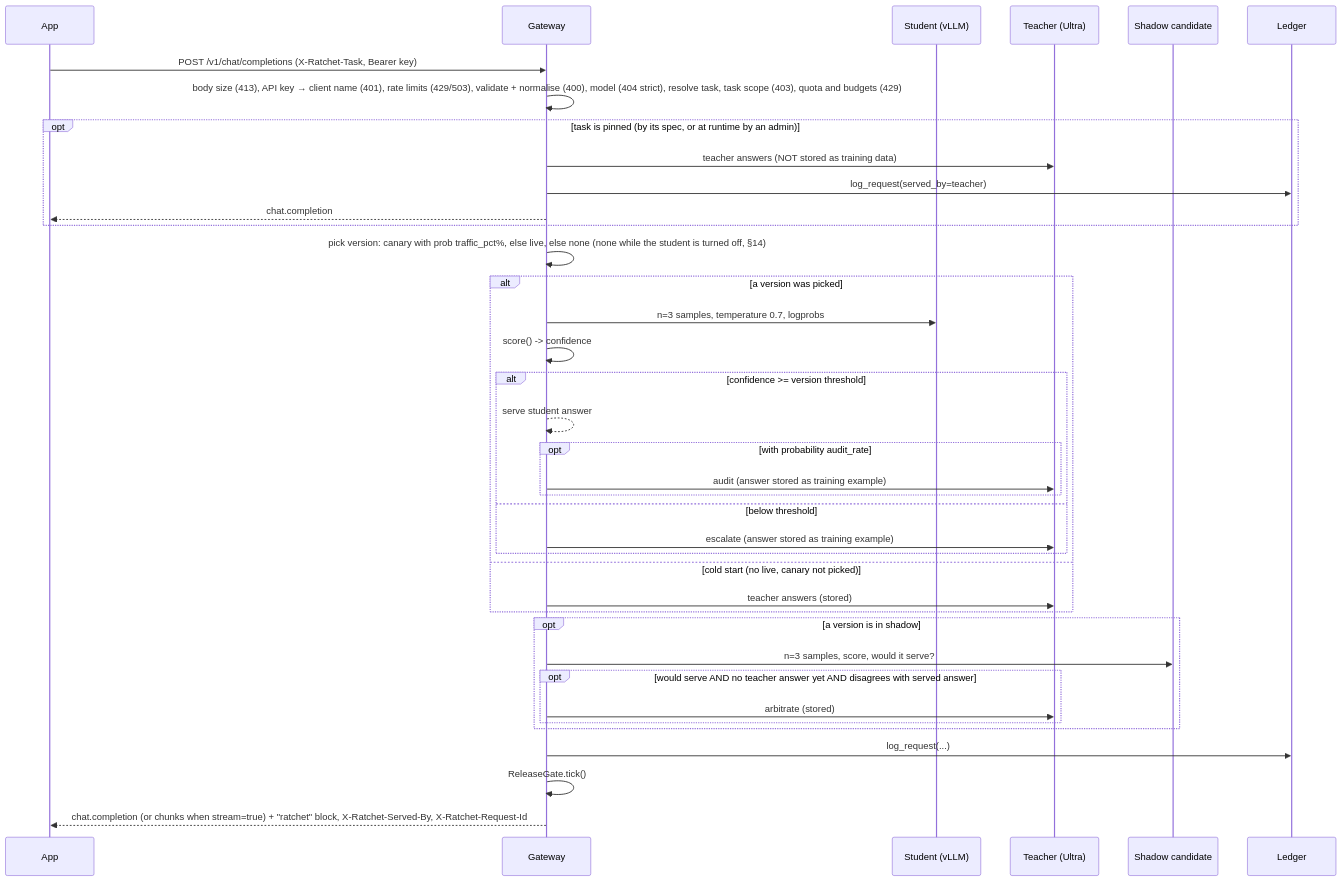
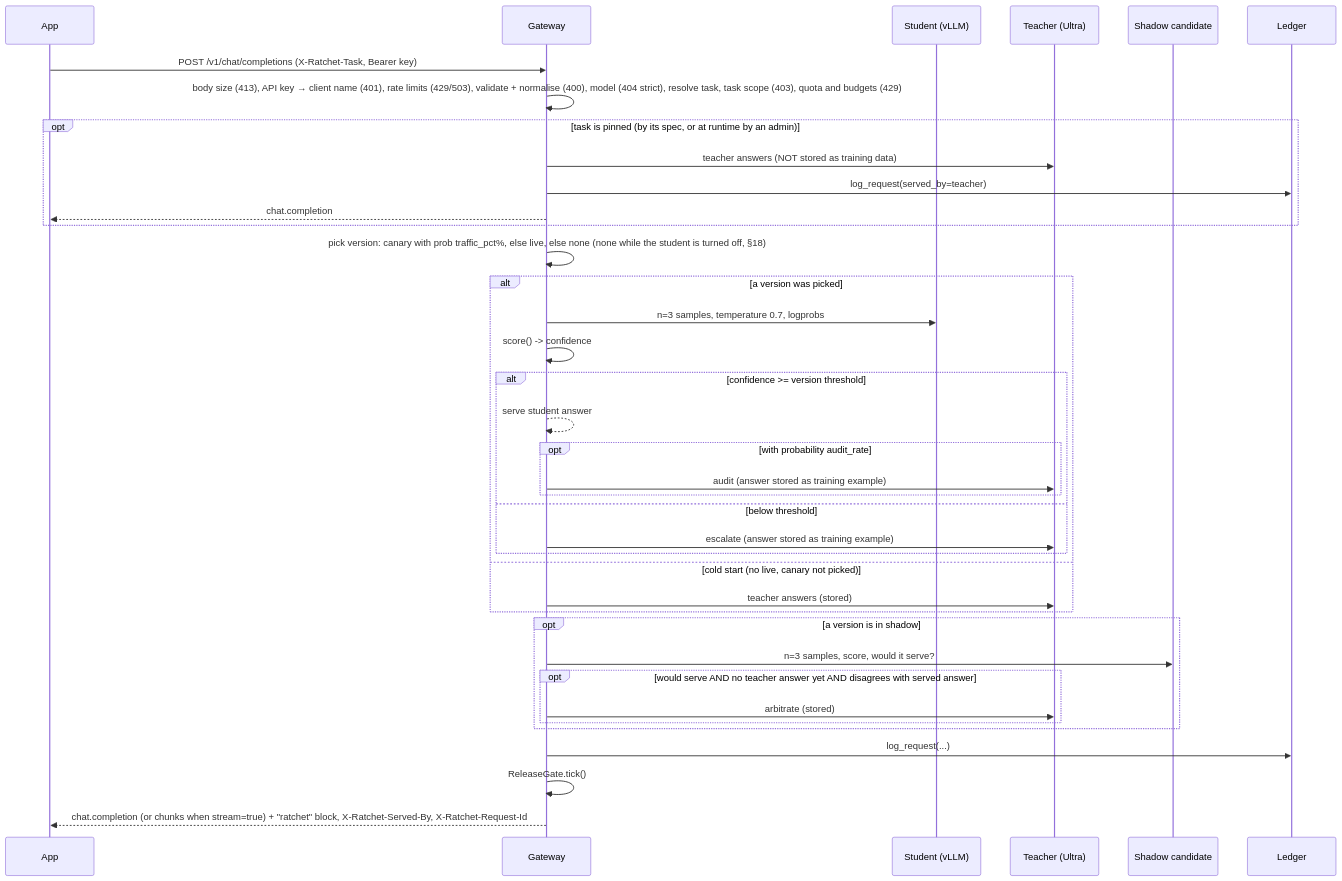
One commit to harshbhx/ratchet changed the first of 3 diagrams in docs/ARCHITECTURE.md. Above: the diagram before and after it, drawn with Mermaid. The commit also changed other lines of this file and 155 other files, not shown here.

First line of the commit message:
Fix the review findings and add the architecture diagram (#39)

````diff
--- a/docs/ARCHITECTURE.md
+++ b/docs/ARCHITECTURE.md
@@ -90,40 +100,40 @@
 ```mermaid
 sequenceDiagram
     participant App
     participant GW as Gateway
     participant S as Student (vLLM)
     participant T as Teacher (Ultra)
     participant SH as Shadow candidate
     participant L as Ledger
     App->>GW: POST /v1/chat/completions (X-Ratchet-Task, Bearer key)
     GW->>GW: body size (413), API key → client name (401), rate limits (429/503), validate + normalise (400), model (404 strict), resolve task, task scope (403), quota and budgets (429)
     opt task is pinned (by its spec, or at runtime by an admin)
         GW->>T: teacher answers (NOT stored as training data)
         GW->>L: log_request(served_by=teacher)
         GW-->>App: chat.completion
     end
-    GW->>GW: pick version: canary with prob traffic_pct%, else live, else none (none while the student is turned off, §14)
+    GW->>GW: pick version: canary with prob traffic_pct%, else live, else none (none while the student is turned off, §18)
     alt a version was picked
         GW->>S: n=3 samples, temperature 0.7, logprobs
         GW->>GW: score() -> confidence
         alt confidence >= version threshold
             GW-->>GW: serve student answer
             opt with probability audit_rate
                 GW->>T: audit (answer stored as training example)
             end
         else below threshold
             GW->>T: escalate (answer stored as training example)
         end
     else cold start (no live, canary not picked)
         GW->>T: teacher answers (stored)
     end
     opt a version is in shadow
         GW->>SH: n=3 samples, score, would it serve?
         opt would serve AND no teacher answer yet AND disagrees with served answer
             GW->>T: arbitrate (stored)
         end
     end
     GW->>L: log_request(...)
     GW->>GW: ReleaseGate.tick()
     GW-->>App: chat.completion (or chunks when stream=true) + "ratchet" block, X-Ratchet-Served-By, X-Ratchet-Request-Id
 ```
````
